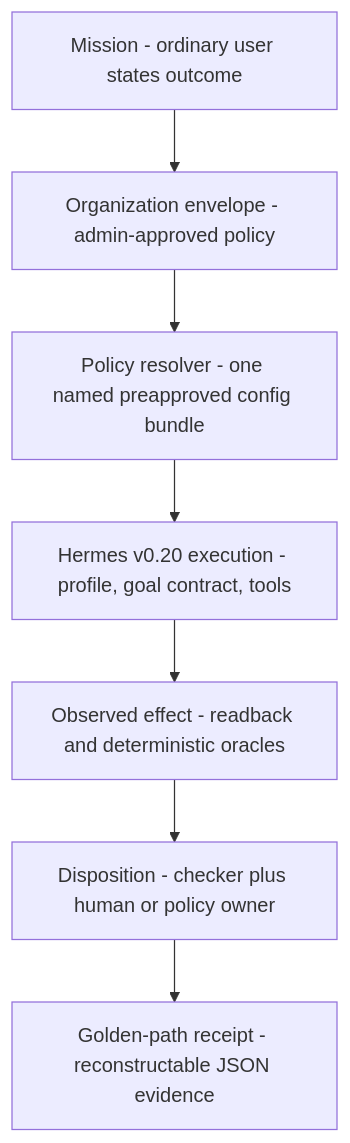
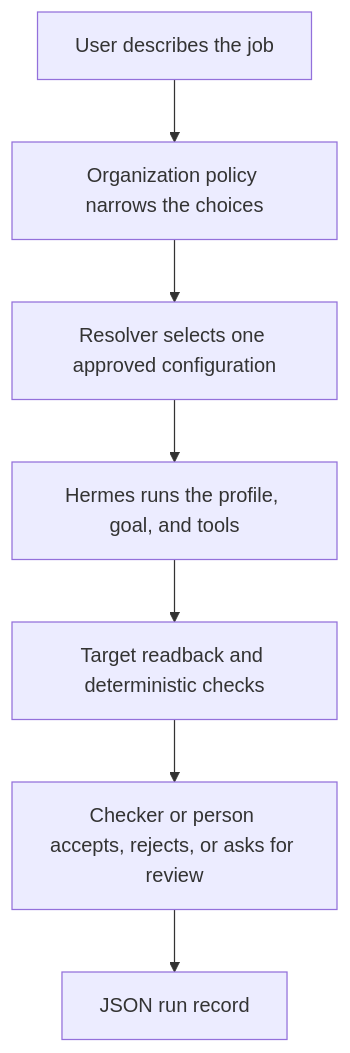
The diagram in README.md (dbett4/hermes-enterprise-evaluation-kit), drawn with Mermaid before and after one commit. The commit also changed other lines of this file and 41 other files, not shown here.

````diff
--- a/README.md
+++ b/README.md
@@ -19,9 +52,9 @@
 ```mermaid
 flowchart TD
-    M[Mission - ordinary user states outcome] --> E[Organization envelope - admin-approved policy]
-    E --> R[Policy resolver - one named preapproved config bundle]
-    R --> H[Hermes v0.20 execution - profile, goal contract, tools]
-    H --> O[Observed effect - readback and deterministic oracles]
-    O --> D[Disposition - checker plus human or policy owner]
-    D --> G[Golden-path receipt - reconstructable JSON evidence]
+    M[User describes the job] --> P[Organization policy narrows the choices]
+    P --> C[Resolver selects one approved configuration]
+    C --> H[Hermes runs the profile, goal, and tools]
+    H --> R[Target readback and deterministic checks]
+    R --> D[Checker or person accepts, rejects, or asks for review]
+    D --> J[JSON run record]
 ```
````
